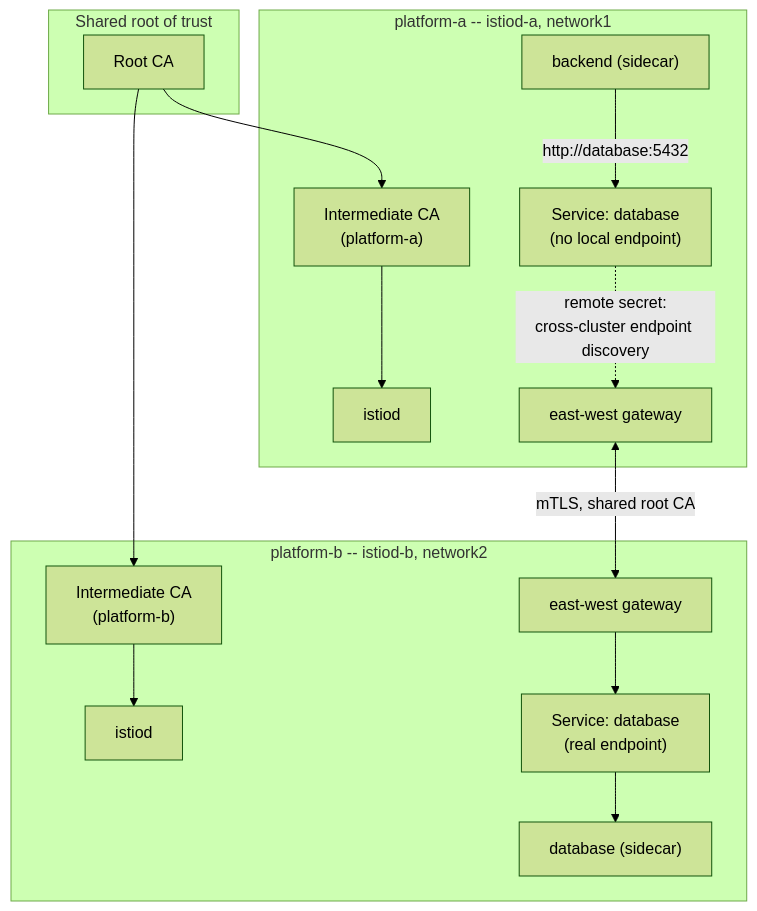
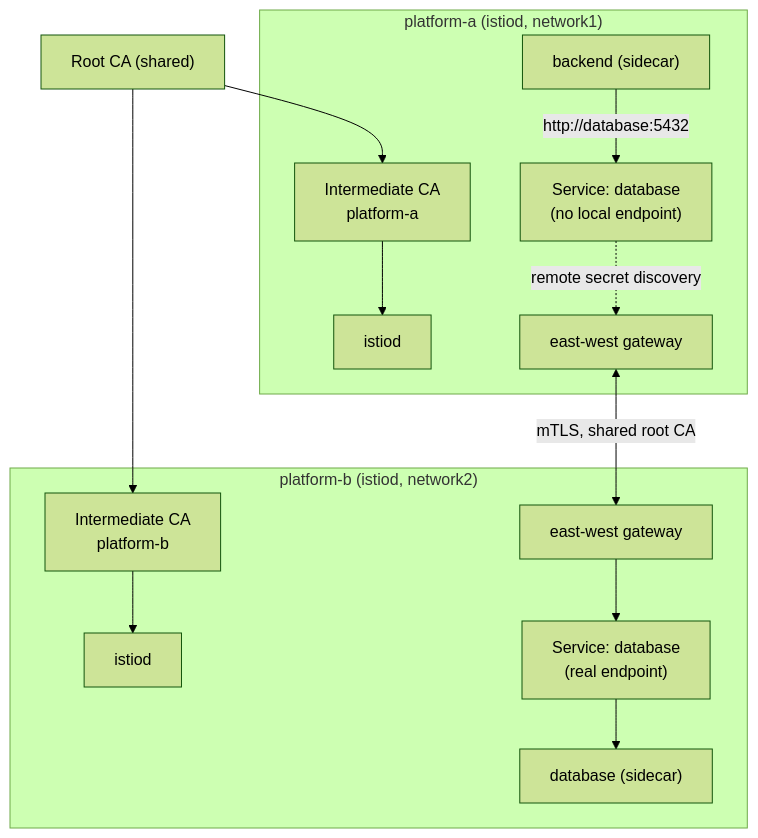
The diagram in lab-B-multicluster-service-mesh.md (datacouch-io/Advanced_Kubernetes_Nutanix), drawn with Mermaid (forest theme) before and after one commit. The commit also changed other lines of this file and 320 other files, not shown here.

````diff
--- a/lab-B-multicluster-service-mesh.md
+++ b/lab-B-multicluster-service-mesh.md
@@ -36,27 +40,21 @@
 ```mermaid
 flowchart TB
-    subgraph ROOT["Shared root of trust"]
-        RCA["Root CA"]
-    end
-    RCA --> ICA_A["Intermediate CA<br/>(platform-a)"]
-    RCA --> ICA_B["Intermediate CA<br/>(platform-b)"]
-
-    subgraph A["platform-a -- istiod-a, network1"]
+    RCA["Root CA (shared)"] --> ICA_A["Intermediate CA<br/>platform-a"]
+    RCA --> ICA_B["Intermediate CA<br/>platform-b"]
+    subgraph A["platform-a (istiod, network1)"]
         ICA_A --> IA["istiod"]
         BE["backend (sidecar)"]
         EWA["east-west gateway"]
         SVCA["Service: database<br/>(no local endpoint)"]
     end
-
-    subgraph B["platform-b -- istiod-b, network2"]
+    subgraph B["platform-b (istiod, network2)"]
         ICA_B --> IB["istiod"]
         DB["database (sidecar)"]
         EWB["east-west gateway"]
         SVCB["Service: database<br/>(real endpoint)"]
     end
-
     BE -->|"http://database:5432"| SVCA
-    SVCA -.->|"remote secret:<br/>cross-cluster endpoint discovery"| EWA
+    SVCA -.->|"remote secret discovery"| EWA
     EWA <-->|"mTLS, shared root CA"| EWB
     EWB --> SVCB --> DB
 ```
````
